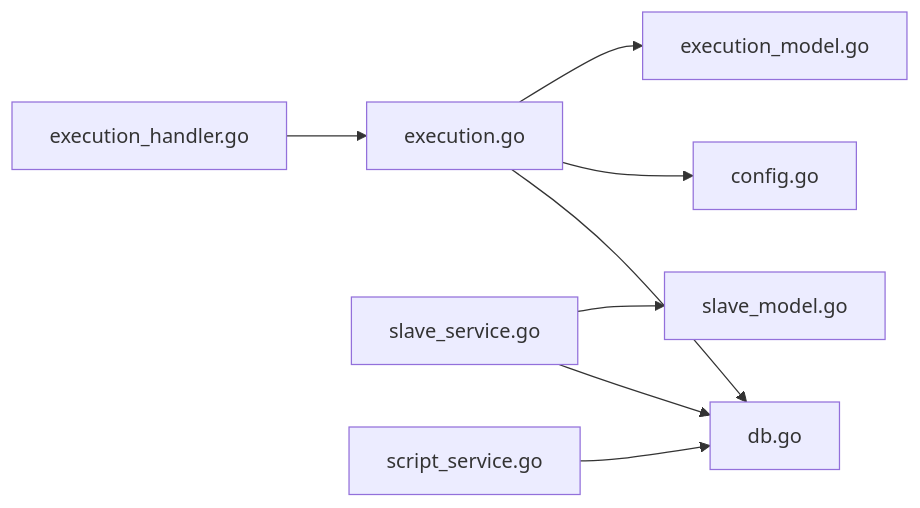
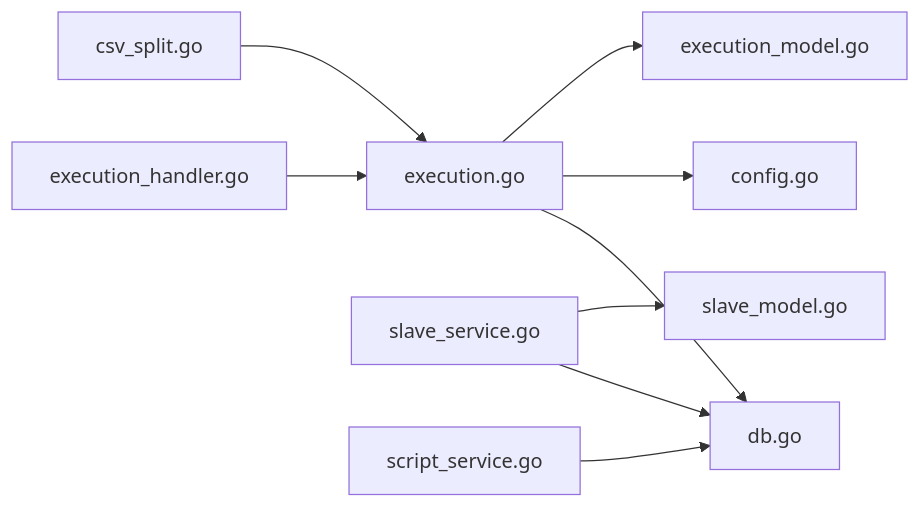
Before and after one commit to Liyuhao02/Jmeter-Admin: the sixth of 6 diagrams in .qoder/repowiki/zh/content/核心业务模块/执行管理系统/执行流程控制.md, drawn with Mermaid. The commit also changed other lines of this file and 34 other files, not shown here.

````diff
--- a/.qoder/repowiki/zh/content/核心业务模块/执行管理系统/执行流程控制.md
+++ b/.qoder/repowiki/zh/content/核心业务模块/执行管理系统/执行流程控制.md
@@ -301,10 +363,11 @@
 ```mermaid
 graph LR
 Handler["execution_handler.go"] --> Service["execution.go"]
 Service --> DB["db.go"]
 Service --> Config["config.go"]
 Service --> ModelE["execution_model.go"]
 SlaveSvc["slave_service.go"] --> DB
 SlaveSvc --> ModelS["slave_model.go"]
 ScriptSvc["script_service.go"] --> DB
+CSVService["csv_split.go"] --> Service
 ```
````
